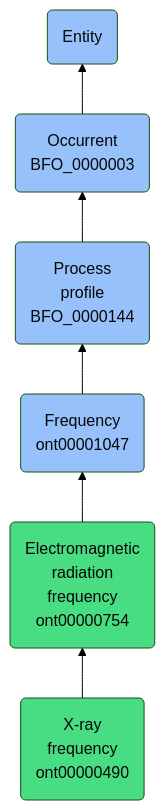
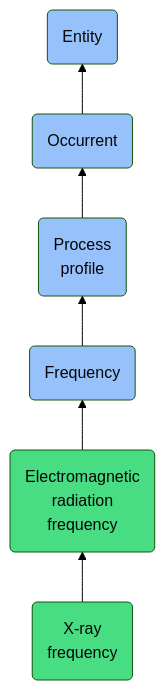
The diagram in docs/ontology/reference/model/Entity/Occurrent/Process profile/Frequency/Electromagnetic radiation frequency/X-ray frequency/X-ray frequency.md (jupyter-naas/abi), drawn with Mermaid (forest theme) before and after one commit. The commit also changed other lines of this file and 1430 other files, not shown here.

````diff
--- a/docs/ontology/reference/model/Entity/Occurrent/Process profile/Frequency/Electromagnetic radiation frequency/X-ray frequency/X-ray frequency.md
+++ b/docs/ontology/reference/model/Entity/Occurrent/Process profile/Frequency/Electromagnetic radiation frequency/X-ray frequency/X-ray frequency.md
@@ -24,13 +24,13 @@
 ```mermaid
 graph BT
-    ont00000490(X-ray<br>frequency<br>ont00000490):::ABI-->ont00000754
-    ont00000754(Electromagnetic<br>radiation<br>frequency<br>ont00000754):::ABI-->ont00001047
-    ont00001047(Frequency<br>ont00001047):::BFO-->BFO_0000144
-    BFO_0000144(Process<br>profile<br>BFO_0000144):::BFO-->BFO_0000003
-    BFO_0000003(Occurrent<br>BFO_0000003):::BFO-->BFO_0000001
+    ont00000490(X-ray<br>frequency):::ABI-->ont00000754
+    ont00000754(Electromagnetic<br>radiation<br>frequency):::ABI-->ont00001047
+    ont00001047(Frequency):::BFO-->BFO_0000144
+    BFO_0000144(Process<br>profile):::BFO-->BFO_0000003
+    BFO_0000003(Occurrent):::BFO-->BFO_0000001
     BFO_0000001(Entity):::BFO
     
     classDef BFO fill:#97c1fb,color:#060606
     classDef CCO fill:#e4c51e,color:#060606
     classDef ABI fill:#48DD82,color:#060606
 ```
````
